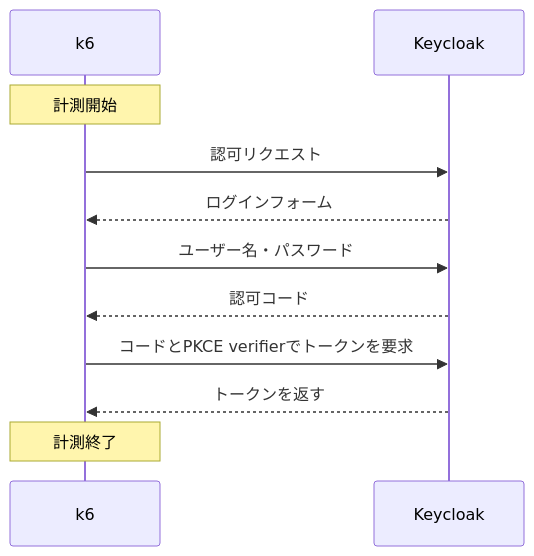
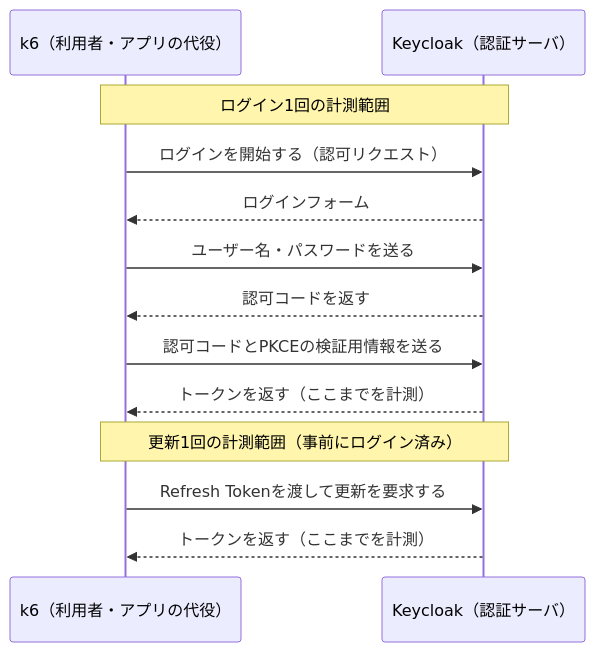
The third of 4 diagrams in article/qiita.md (higuuu/oidc-load-lab), drawn with Mermaid before and after one commit. The commit also changed other lines of this file and 1 other file, not shown here.

Commit message:
Introduce Keycloak and experiment diagrams before measurement conditions

````diff
--- a/article/qiita.md
+++ b/article/qiita.md
@@ -170,13 +57,15 @@
 ```mermaid
 sequenceDiagram
-    participant T as k6
-    participant K as Keycloak
-    Note over T: 計測開始
-    T->>K: 認可リクエスト
+    participant T as k6（利用者・アプリの代役）
+    participant K as Keycloak（認証サーバ）
+    Note over T,K: ログイン1回の計測範囲
+    T->>K: ログインを開始する（認可リクエスト）
     K-->>T: ログインフォーム
-    T->>K: ユーザー名・パスワード
-    K-->>T: 認可コード
-    T->>K: コードとPKCE verifierでトークンを要求
-    K-->>T: トークンを返す
-    Note over T: 計測終了
+    T->>K: ユーザー名・パスワードを送る
+    K-->>T: 認可コードを返す
+    T->>K: 認可コードとPKCEの検証用情報を送る
+    K-->>T: トークンを返す（ここまでを計測）
+    Note over T,K: 更新1回の計測範囲（事前にログイン済み）
+    T->>K: Refresh Tokenを渡して更新を要求する
+    K-->>T: トークンを返す（ここまでを計測）
 ```
````
